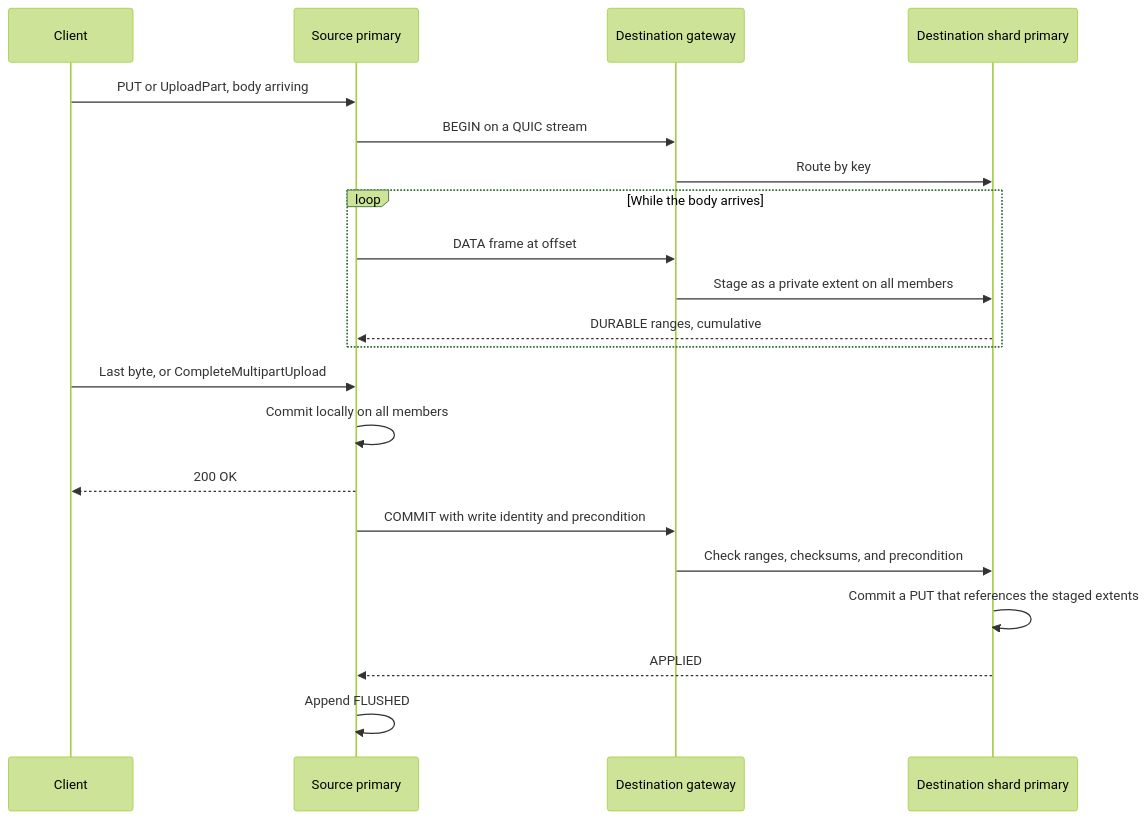
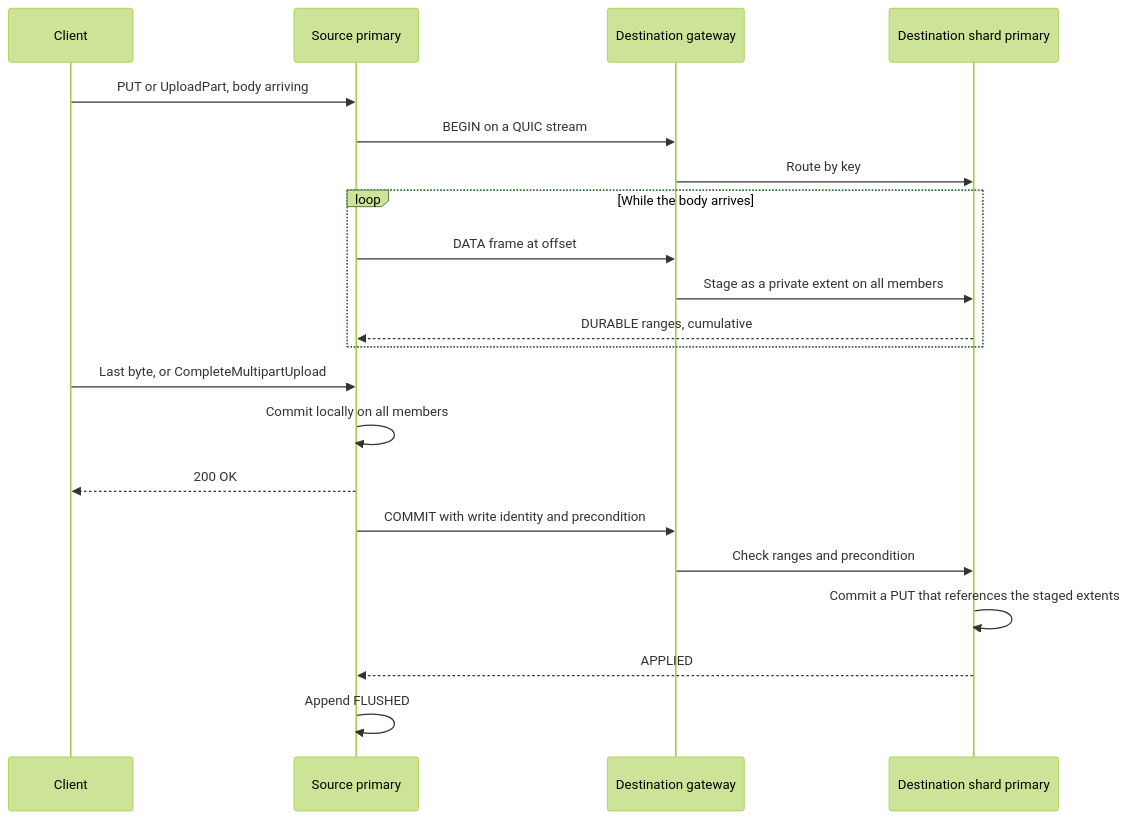
Before and after one commit to skys3/skys3: the seventh of 8 diagrams in docs/skys3-design.md, drawn with Mermaid (forest theme). The commit also changed other lines of this file and 18 other files, not shown here.

````diff
--- a/docs/skys3-design.md
+++ b/docs/skys3-design.md
@@ -813,23 +813,23 @@
 ```mermaid
 sequenceDiagram
     participant C as Client
     participant S as Source primary
     participant G as Destination gateway
     participant D as Destination shard primary
     C->>S: PUT or UploadPart, body arriving
     S->>G: BEGIN on a QUIC stream
     G->>D: Route by key
     loop While the body arrives
         S->>G: DATA frame at offset
         G->>D: Stage as a private extent on all members
         D-->>S: DURABLE ranges, cumulative
     end
     C->>S: Last byte, or CompleteMultipartUpload
     S->>S: Commit locally on all members
     S-->>C: 200 OK
     S->>G: COMMIT with write identity and precondition
-    G->>D: Check ranges, checksums, and precondition
+    G->>D: Check ranges and precondition
     D->>D: Commit a PUT that references the staged extents
     D-->>S: APPLIED
     S->>S: Append FLUSHED
 ```
````
